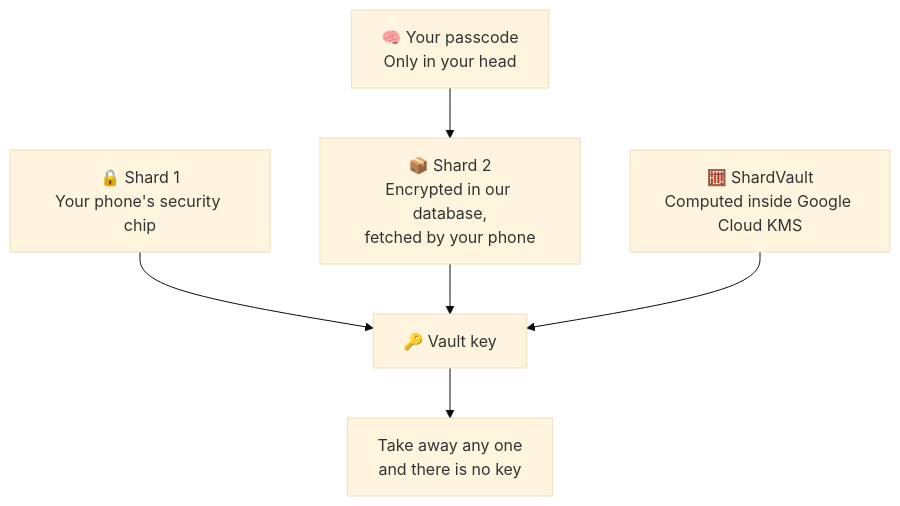
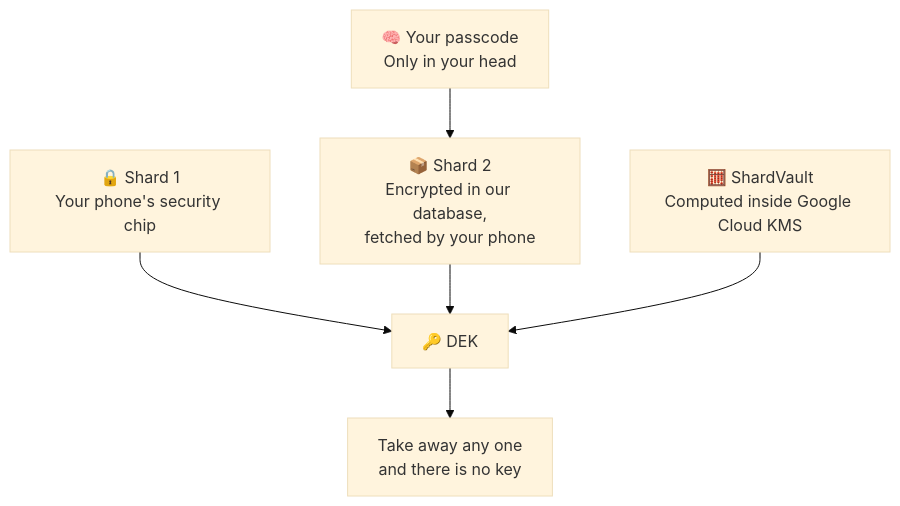
One commit to TuPhung369/passwordepic-website changed the third of 18 diagrams in docs/plain-words.md. Above: the diagram before and after it, drawn with Mermaid (base theme). The commit also changed other lines of this file and 22 other files, not shown here.

````diff
--- a/docs/plain-words.md
+++ b/docs/plain-words.md
@@ -77,8 +74,8 @@
 ```mermaid
 flowchart TD
   M["🧠 Your passcode<br/>Only in your head"] --> Q
-  P["🔒 Shard 1<br/>Your phone's security chip"] --> K["🔑 Vault key"]
+  P["🔒 Shard 1<br/>Your phone's security chip"] --> K["🔑 DEK"]
   Q["📦 Shard 2<br/>Encrypted in our database,<br/>fetched by your phone"] --> K
   R["🧮 ShardVault<br/>Computed inside Google Cloud KMS"] --> K
   K --> N["Take away any one<br/>and there is no key"]
 ```
````
